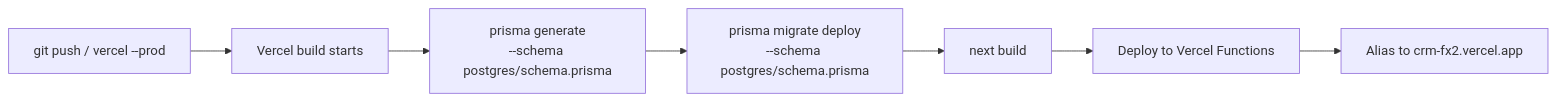
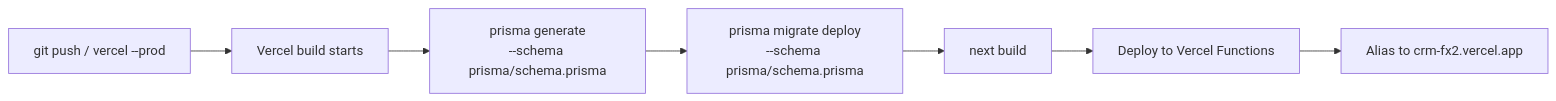
The diagram in docs/18-deployment.md (ARULKINT/rowdesk), drawn with Mermaid before and after one commit. The commit also changed other lines of this file and 28 other files, not shown here.

````diff
--- a/docs/18-deployment.md
+++ b/docs/18-deployment.md
@@ -50,9 +36,9 @@
 ```mermaid
 flowchart LR
     A[git push / vercel --prod] --> B[Vercel build starts]
-    B --> C[prisma generate<br/>--schema postgres/schema.prisma]
-    C --> D[prisma migrate deploy<br/>--schema postgres/schema.prisma]
+    B --> C[prisma generate<br/>--schema prisma/schema.prisma]
+    C --> D[prisma migrate deploy<br/>--schema prisma/schema.prisma]
     D --> E[next build]
     E --> F[Deploy to Vercel Functions]
     F --> G[Alias to crm-fx2.vercel.app]
 ```
````
